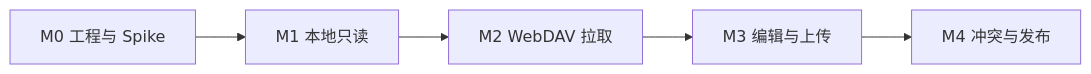
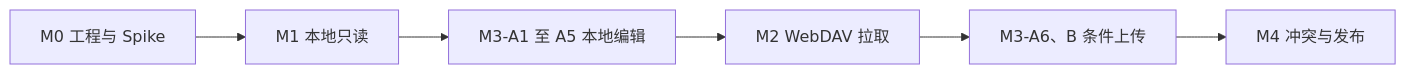
One commit to nis3638/bearobs changed the diagram in docs/04-development-plan.md. Above: the diagram before and after it, drawn with Mermaid. The commit also changed other lines of this file and 63 other files, not shown here.

````diff
--- a/docs/04-development-plan.md
+++ b/docs/04-development-plan.md
@@ -454,7 +465,8 @@
 ```mermaid
 flowchart LR
     M0["M0 工程与 Spike"] --> M1["M1 本地只读"]
-    M1 --> M2["M2 WebDAV 拉取"]
-    M2 --> M3["M3 编辑与上传"]
-    M3 --> M4["M4 冲突与发布"]
+    M1 --> M3A["M3-A1 至 A5 本地编辑"]
+    M3A --> M2["M2 WebDAV 拉取"]
+    M2 --> M3B["M3-A6、B 条件上传"]
+    M3B --> M4["M4 冲突与发布"]
 ```
````
